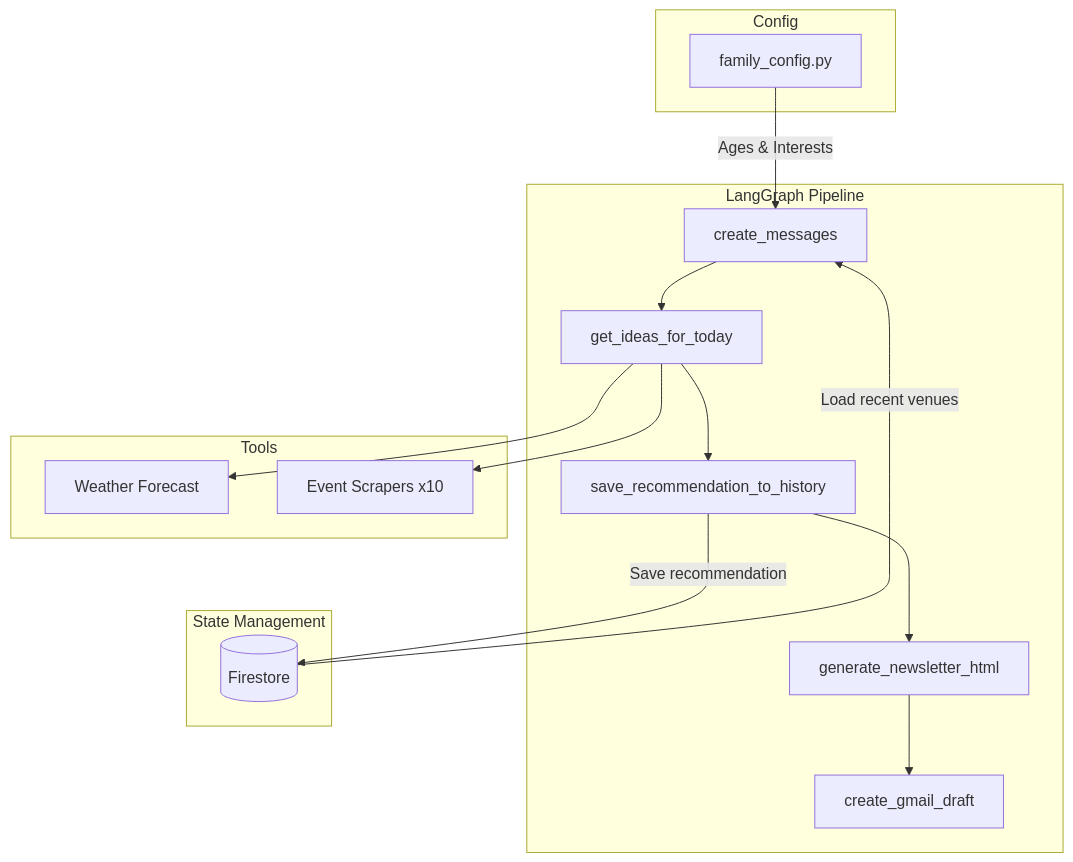
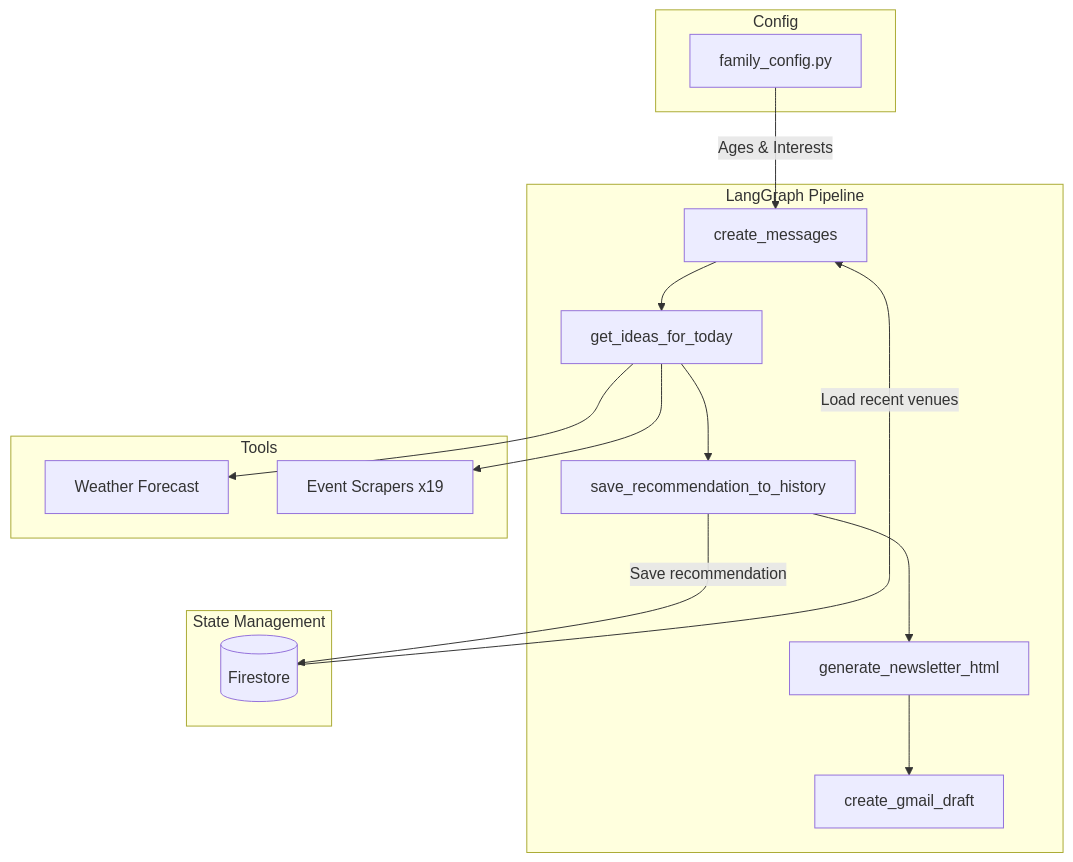
Before and after one commit to ct155105/family-manager: the diagram in README.md, drawn with Mermaid. The commit also changed other lines of this file and 11 other files, not shown here.

First line of the commit message:
feat: add 8 new event scrapers for venues and festivals

````diff
--- a/README.md
+++ b/README.md
@@ -32,23 +26,23 @@
 ```mermaid
 graph TD
   subgraph LangGraph Pipeline
     A[create_messages] --> B[get_ideas_for_today]
     B --> C[save_recommendation_to_history]
     C --> D[generate_newsletter_html]
     D --> E[create_gmail_draft]
   end
 
   subgraph Tools
     B --> T1[Weather Forecast]
-    B --> T2[Event Scrapers x10]
+    B --> T2[Event Scrapers x19]
   end
 
   subgraph State Management
     F[(Firestore)] -->|Load recent venues| A
     C -->|Save recommendation| F
   end
 
   subgraph Config
     G[family_config.py] -->|Ages & Interests| A
   end
 ```
````
